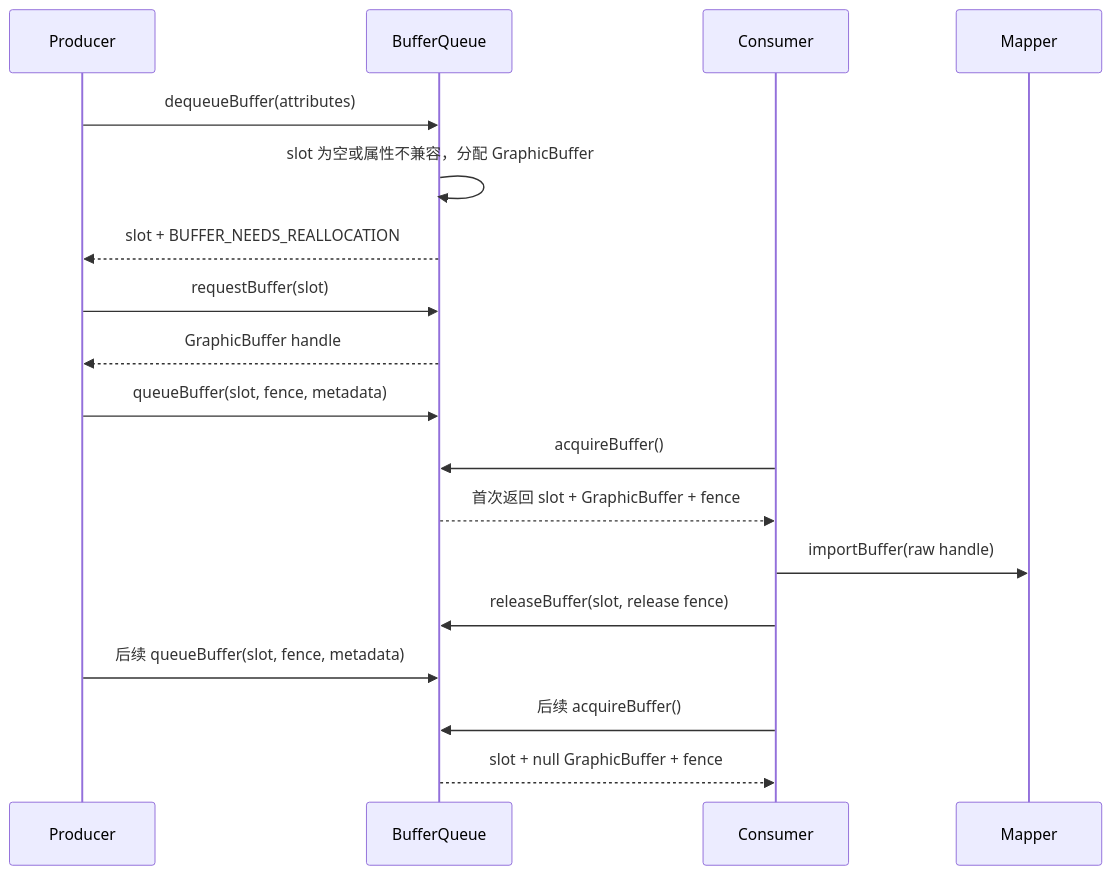
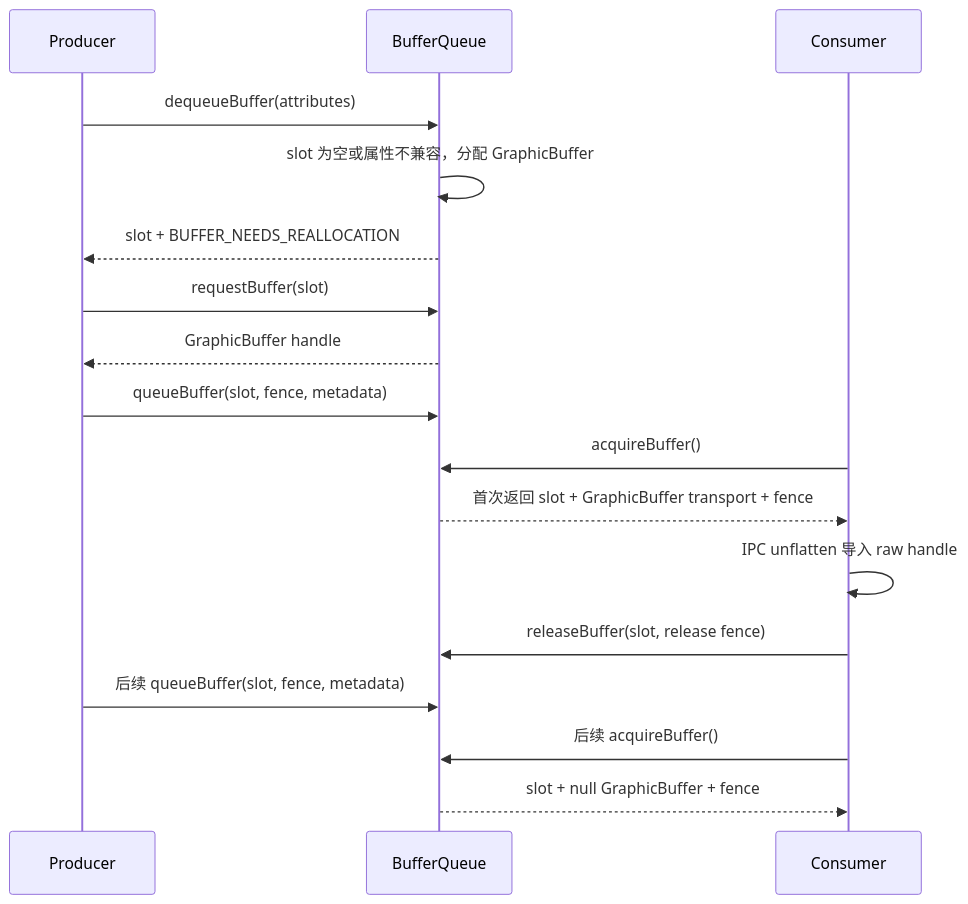
Before and after one commit to Gracker/android-internals-wiki: the second of 2 diagrams in src/part1-fundamentals/ch02-rendering/15-dmabuf-gralloc.md, drawn with Mermaid. The commit also changed other lines of this file, not shown here.

````diff
--- a/src/part1-fundamentals/ch02-rendering/15-dmabuf-gralloc.md
+++ b/src/part1-fundamentals/ch02-rendering/15-dmabuf-gralloc.md
@@ -328,21 +322,20 @@
 ```mermaid
 sequenceDiagram
     participant P as Producer
     participant BQ as BufferQueue
     participant C as Consumer
-    participant M as Mapper
 
     P->>BQ: dequeueBuffer(attributes)
     BQ->>BQ: slot 为空或属性不兼容，分配 GraphicBuffer
     BQ-->>P: slot + BUFFER_NEEDS_REALLOCATION
     P->>BQ: requestBuffer(slot)
     BQ-->>P: GraphicBuffer handle
     P->>BQ: queueBuffer(slot, fence, metadata)
     C->>BQ: acquireBuffer()
-    BQ-->>C: 首次返回 slot + GraphicBuffer + fence
-    C->>M: importBuffer(raw handle)
+    BQ-->>C: 首次返回 slot + GraphicBuffer transport + fence
+    C->>C: IPC unflatten 导入 raw handle
     C->>BQ: releaseBuffer(slot, release fence)
     P->>BQ: 后续 queueBuffer(slot, fence, metadata)
     C->>BQ: 后续 acquireBuffer()
     BQ-->>C: slot + null GraphicBuffer + fence
 ```
````
